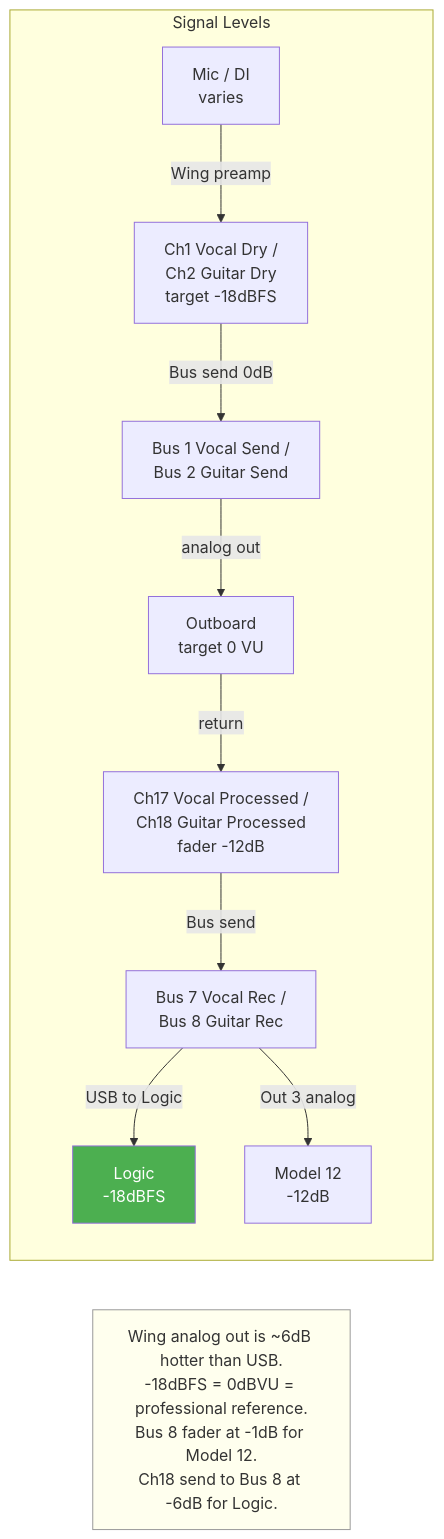
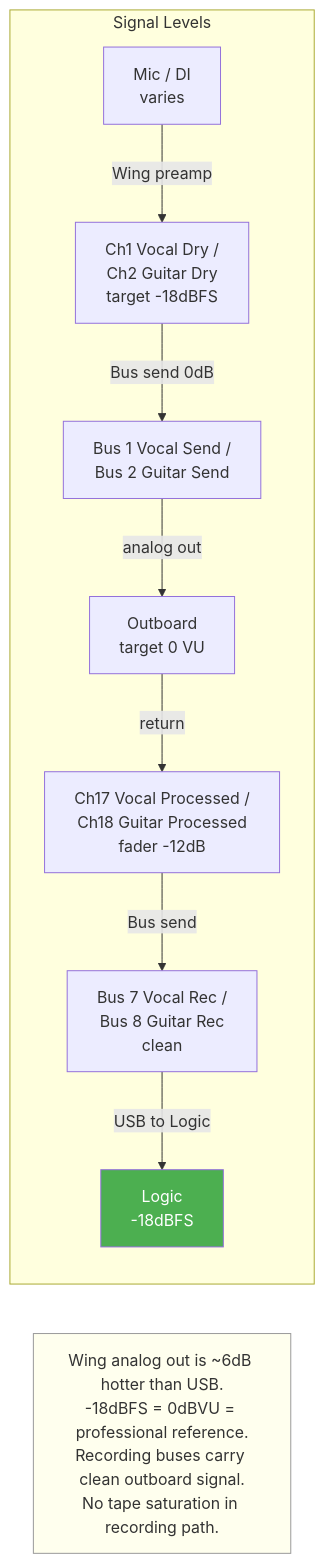
Diagram 19 of 21 in docs/diagrams.md (ldenman/studio-setup), drawn with Mermaid before and after one commit. The commit also changed other lines of this file and 1 other file, not shown here.

First line of the commit message:
Update all diagrams for mix matrices and tape aux loop

````diff
--- a/docs/diagrams.md
+++ b/docs/diagrams.md
@@ -631,14 +804,13 @@
 ```mermaid
 graph LR
     subgraph Signal Levels
         MIC[Mic / DI<br/>varies] -->|Wing preamp| CH[Ch1 Vocal Dry /<br/>Ch2 Guitar Dry<br/>target -18dBFS] -->|Bus send 0dB| BUS_OUT[Bus 1 Vocal Send /<br/>Bus 2 Guitar Send] -->|analog out| OB[Outboard<br/>target 0 VU]
-        OB -->|return| CH_PROC[Ch17 Vocal Processed /<br/>Ch18 Guitar Processed<br/>fader -12dB] -->|Bus send| REC_BUS[Bus 7 Vocal Rec /<br/>Bus 8 Guitar Rec]
+        OB -->|return| CH_PROC[Ch17 Vocal Processed /<br/>Ch18 Guitar Processed<br/>fader -12dB] -->|Bus send| REC_BUS[Bus 7 Vocal Rec /<br/>Bus 8 Guitar Rec<br/>clean]
         REC_BUS -->|USB to Logic| LOGIC[Logic<br/>-18dBFS]
-        REC_BUS -->|Out 3 analog| M12[Model 12<br/>-12dB]
     end
 
-    NOTE[Wing analog out is ~6dB hotter than USB.<br/>-18dBFS = 0dBVU = professional reference.<br/>Bus 8 fader at -1dB for Model 12.<br/>Ch18 send to Bus 8 at -6dB for Logic.]
+    NOTE[Wing analog out is ~6dB hotter than USB.<br/>-18dBFS = 0dBVU = professional reference.<br/>Recording buses carry clean outboard signal.<br/>No tape saturation in recording path.]
 
     style NOTE fill:#ffe,stroke:#999
     style LOGIC fill:#4CAF50,color:#fff
 ```
````
